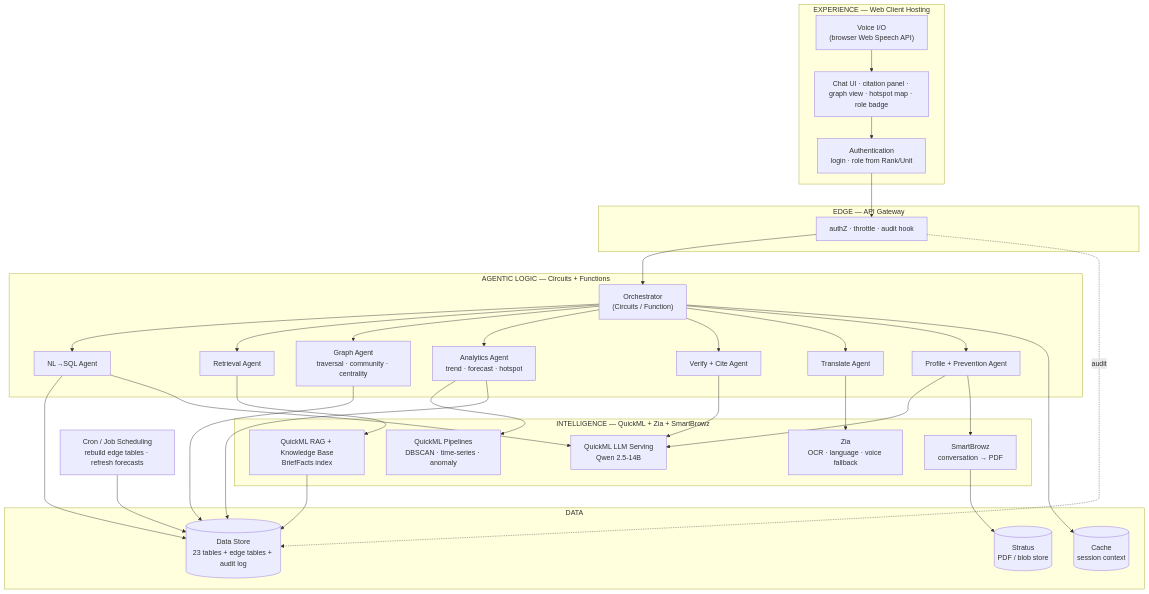
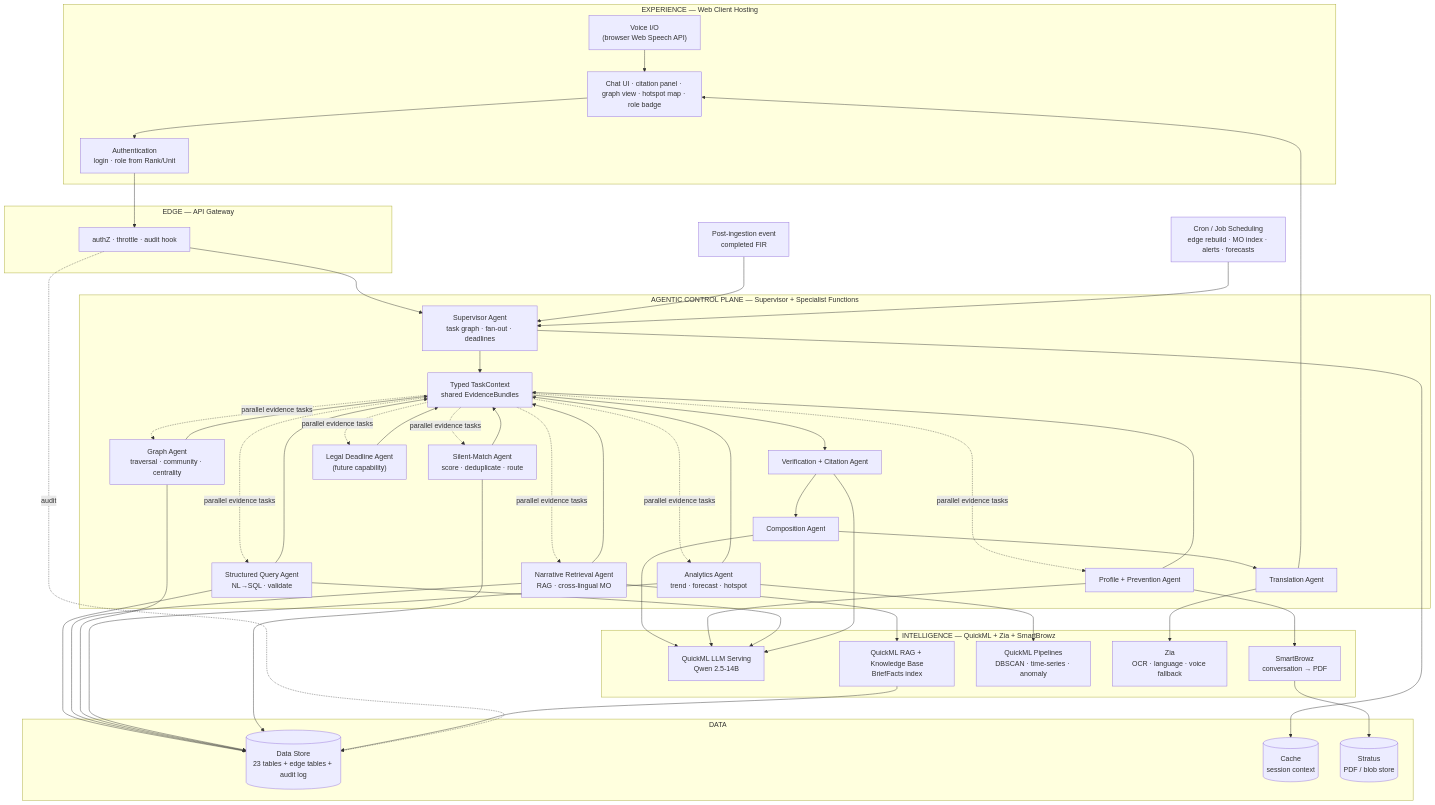
Before and after one commit to SHYAMSUNDAR2396/ksp-crime-copilot: the first of 8 diagrams in PLAN.md, drawn with Mermaid. The commit also changed other lines of this file and 1 other file, not shown here.

First line of the commit message:
feat: implement cross-lingual MO matching and silent-match alerts system

````diff
--- a/PLAN.md
+++ b/PLAN.md
@@ -22,57 +25,69 @@
 ```mermaid
 flowchart TB
   subgraph EXP["EXPERIENCE — Web Client Hosting"]
     UI["Chat UI · citation panel · graph view · hotspot map · role badge"]
     VOICE["Voice I/O<br/>(browser Web Speech API)"]
     AUTHN["Authentication<br/>login · role from Rank/Unit"]
   end
 
   subgraph EDGE["EDGE — API Gateway"]
     GW["authZ · throttle · audit hook"]
   end
 
-  subgraph LOGIC["AGENTIC LOGIC — Circuits + Functions"]
-    ORCH["Orchestrator<br/>(Circuits / Function)"]
-    FQ["NL→SQL Agent"]
-    FR["Retrieval Agent"]
+  subgraph LOGIC["AGENTIC CONTROL PLANE — Supervisor + Specialist Functions"]
+    SUP["Supervisor Agent<br/>task graph · fan-out · deadlines"]
+    CTX["Typed TaskContext<br/>shared EvidenceBundles"]
+    FQ["Structured Query Agent<br/>NL→SQL · validate"]
+    FR["Narrative Retrieval Agent<br/>RAG · cross-lingual MO"]
     FG["Graph Agent<br/>traversal · community · centrality"]
     FA["Analytics Agent<br/>trend · forecast · hotspot"]
-    FV["Verify + Cite Agent"]
-    FT["Translate Agent"]
+    FS["Silent-Match Agent<br/>score · deduplicate · route"]
+    FV["Verification + Citation Agent"]
+    FC["Composition Agent"]
+    FT["Translation Agent"]
     FP["Profile + Prevention Agent"]
+    FL["Legal Deadline Agent<br/>(future capability)"]
   end
 
   subgraph AI["INTELLIGENCE — QuickML + Zia + SmartBrowz"]
     LLM["QuickML LLM Serving<br/>Qwen 2.5-14B"]
     RAG["QuickML RAG + Knowledge Base<br/>BriefFacts index"]
     PIPE["QuickML Pipelines<br/>DBSCAN · time-series · anomaly"]
     ZIA["Zia<br/>OCR · language · voice fallback"]
     PDF["SmartBrowz<br/>conversation → PDF"]
   end
 
   subgraph DATA["DATA"]
     DS[("Data Store<br/>23 tables + edge tables + audit log")]
     CA[("Cache<br/>session context")]
     ST[("Stratus<br/>PDF / blob store")]
   end
 
-  CRON["Cron / Job Scheduling<br/>rebuild edge tables · refresh forecasts"]
+  CRON["Cron / Job Scheduling<br/>edge rebuild · MO index · alerts · forecasts"]
+  EVENT["Post-ingestion event<br/>completed FIR"]
 
   VOICE --> UI
-  UI --> AUTHN --> GW --> ORCH
-  ORCH --> FQ & FR & FG & FA & FV & FT & FP
+  UI --> AUTHN --> GW --> SUP
+  EVENT --> SUP
+  SUP --> CTX
+  CTX -. parallel evidence tasks .-> FQ & FR & FG & FA & FS & FP & FL
+  FQ & FR & FG & FA & FS & FP & FL --> CTX
+  CTX --> FV --> FC --> FT --> UI
   FQ --> DS
   FR --> RAG
+  FR --> DS
   FG --> DS
   FA --> PIPE
   FA --> DS
+  FS --> DS
   FT --> ZIA
+  FC --> LLM
   FP --> LLM
   FQ --> LLM
   FV --> LLM
   RAG --> DS
   FP --> PDF --> ST
-  ORCH --> CA
+  SUP --> CA
   GW -. audit .-> DS
-  CRON --> DS
+  CRON --> SUP
 ```
````
